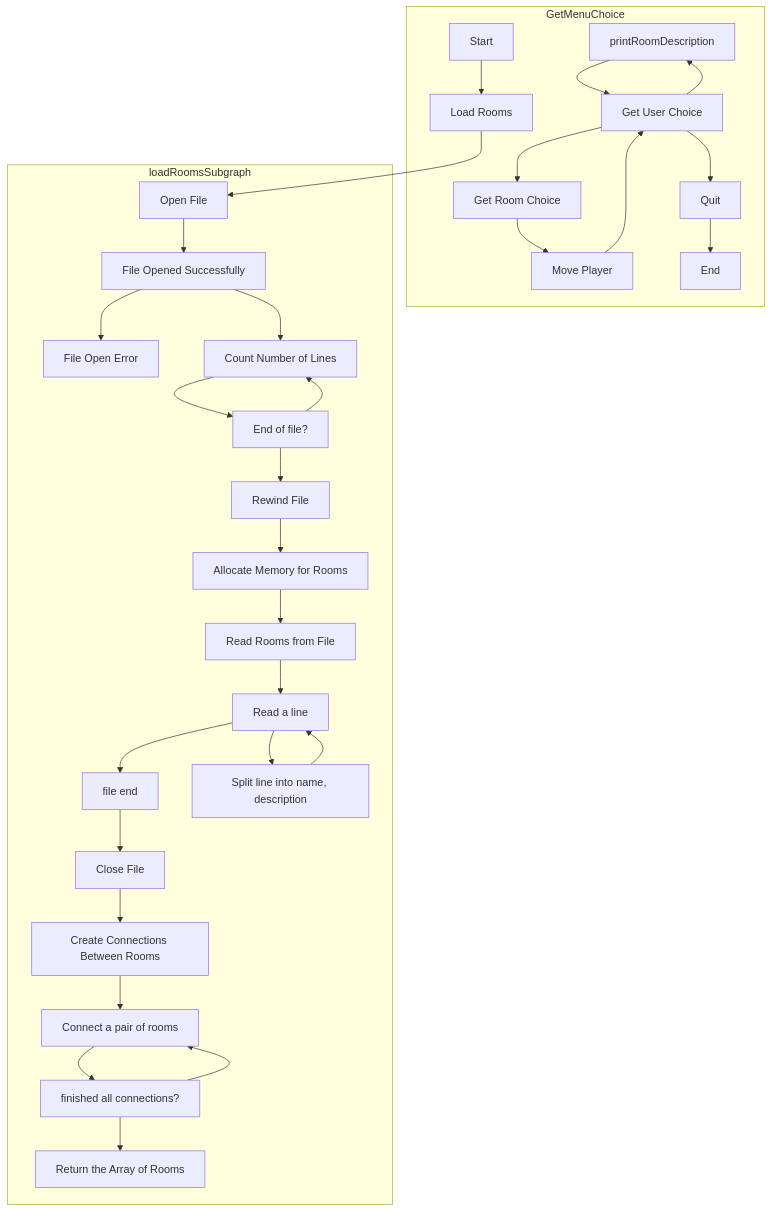
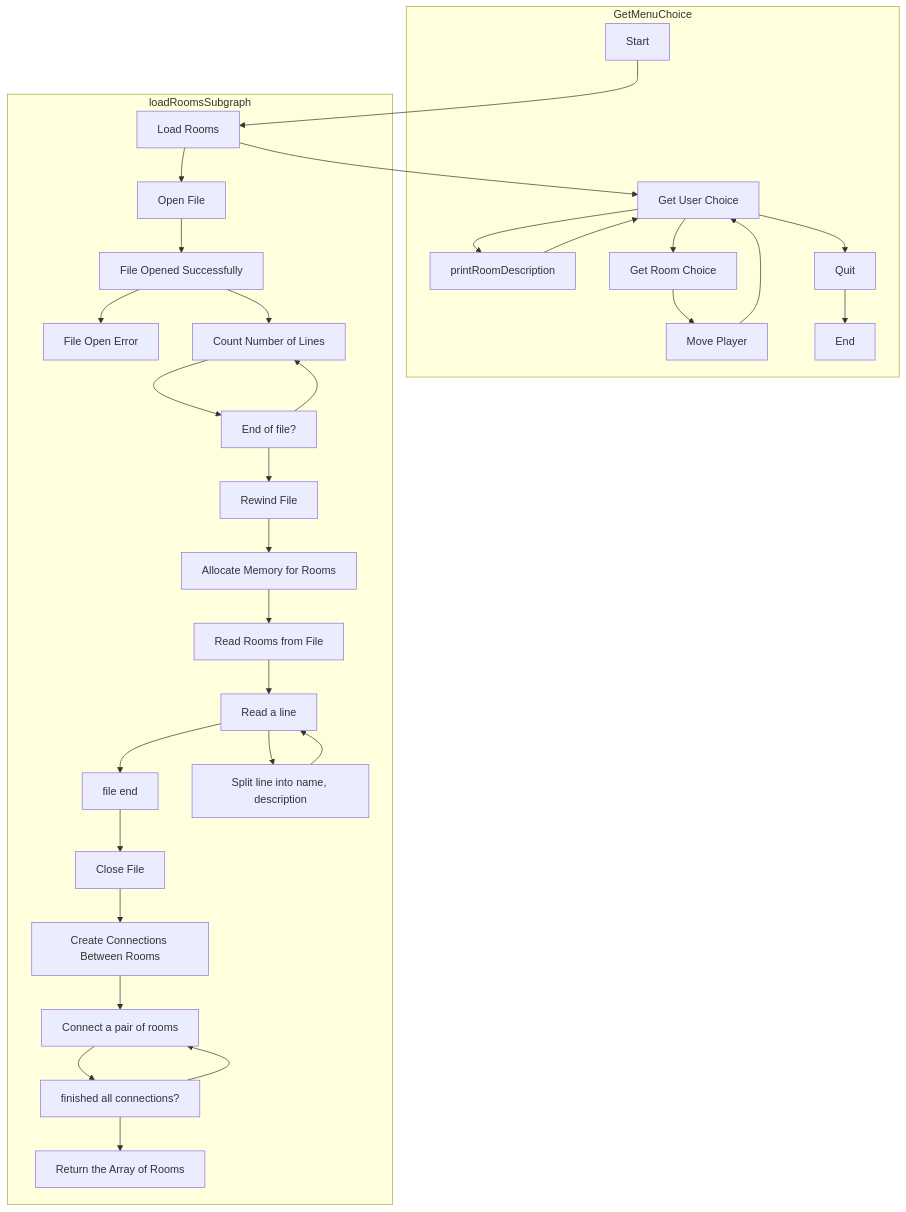
The diagram in diagrams.md (iiCHROME17/TextAdventureCGame), drawn with Mermaid before and after one commit.

````diff
--- a/diagrams.md
+++ b/diagrams.md
@@ -1,59 +1,65 @@
 ```mermaid
+
+
+
 graph TD
+
+
+start --> loadRooms[Load Rooms]
+loadRooms --> getMenuChoice
 
 subgraph GetMenuChoice
 start[Start]
 
-start --> loadRooms[Load Rooms]
 
 printRoomDescription --> getMenuChoice[Get User Choice]
 
 getMenuChoice --> printRoomDescription
 
 getMenuChoice --> getRoomChoice[Get Room Choice]
 
 getMenuChoice --> quitGame[Quit]
 
 getRoomChoice --> movePlayer[Move Player]
 
 movePlayer --> getMenuChoice
 
 quitGame --> stop[Stop]
 
 stop[End]
 end
 
 subgraph loadRoomsSubgraph
 
   loadRooms[Load Rooms]
 
   loadRooms --> openFile[Open File]
 
   openFile --> checkFile[File Opened Successfully]
   checkFile --> exit[File Open Error]
   
   checkFile --> countLines[Count Number of Lines]
   
   countLines --> reachedEnd[End of file?]
   reachedEnd --> countLines
   reachedEnd --> rewindFile
   rewindFile[Rewind File]
 
   rewindFile --> allocateMemory[Allocate Memory for Rooms]
 
   allocateMemory --> readRooms[Read Rooms from File]
   readRooms --> getLine[Read a line]
   getLine --> endOfFile[file end]
   getLine --> processLine[Split line into name, description]
   processLine --> getLine
   endOfFile --> closeFile[Close File]
   
   closeFile --> createConnections[Create Connections Between Rooms]
   createConnections --> connectOne[Connect a pair of rooms]
   connectOne --> allDone[finished all connections?]
   allDone --> connectOne
   
   allDone --> returnRooms[Return the Array of Rooms]
 
 end
 ```
````
